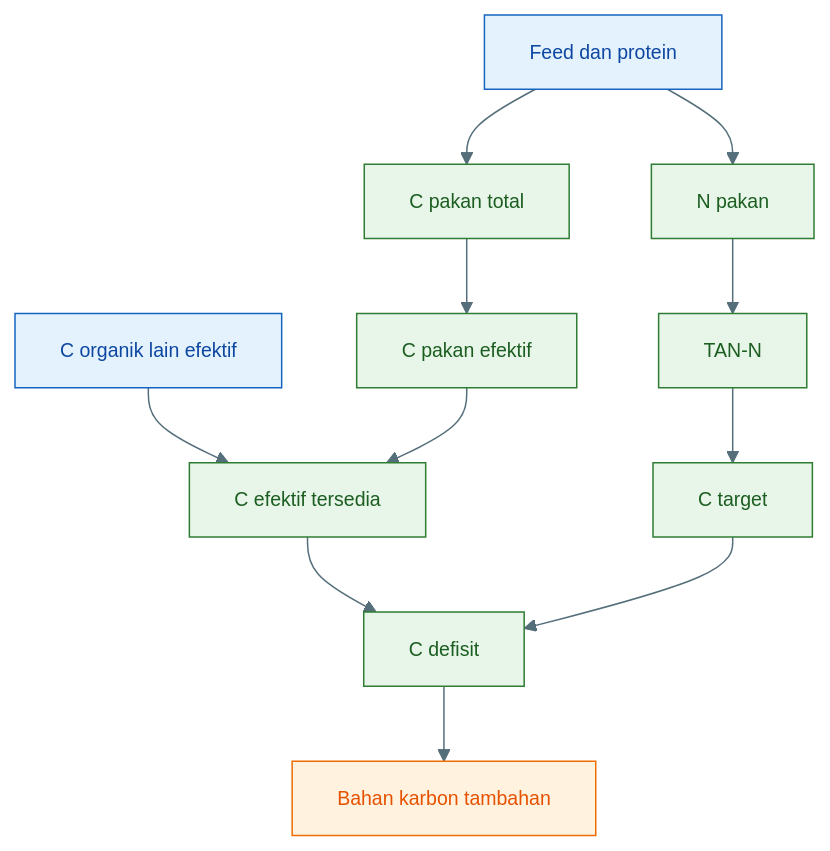
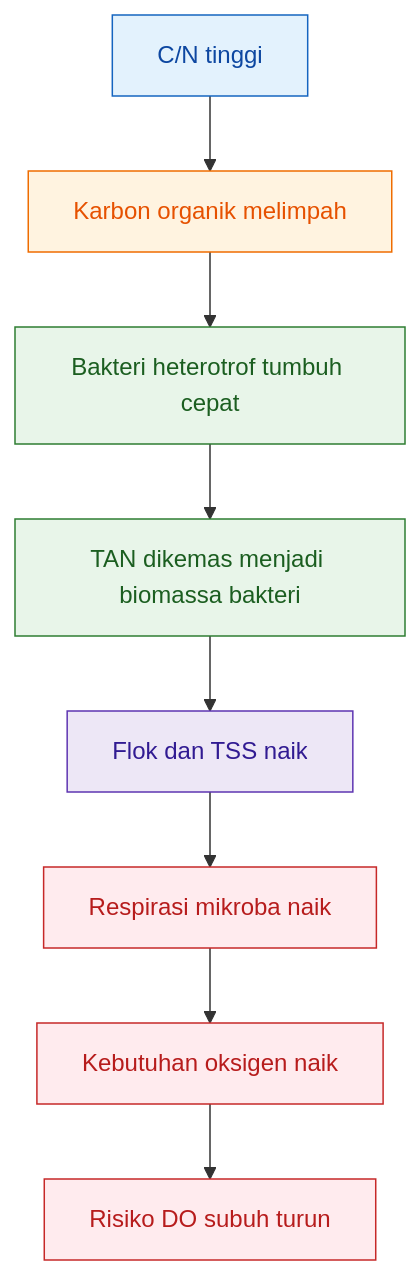
The fifth of 22 diagrams in content/blog/agri/perikanan/ratio-cn-rendah-biflok.mdx (slametsampon/kawruhnology), drawn with Mermaid before and after one commit. The commit also changed other lines of this file, not shown here.

````diff
--- a/content/blog/agri/perikanan/ratio-cn-rendah-biflok.mdx
+++ b/content/blog/agri/perikanan/ratio-cn-rendah-biflok.mdx
@@ -1165,38 +896,22 @@
-```mermaid id="alur-definisi-cn-efektif"
-%%{init: {'theme':'base','themeVariables':{
-'primaryColor':'#E3F2FD',
-'primaryTextColor':'#0D47A1',
-'primaryBorderColor':'#1565C0',
-'secondaryColor':'#E8F5E9',
-'secondaryTextColor':'#1B5E20',
-'secondaryBorderColor':'#2E7D32',
-'tertiaryColor':'#FFF3E0',
-'tertiaryTextColor':'#E65100',
-'tertiaryBorderColor':'#EF6C00',
-'lineColor':'#546E7A',
-'fontSize':'13px'
-}}}%%
+```mermaid id="a9x3m2"
 flowchart TD
-    A["Feed dan protein"] --> B["N pakan"]
-    B --> C["TAN-N"]
+    A["C/N tinggi"] --> B["Karbon organik melimpah"]
+    B --> C["Bakteri heterotrof tumbuh cepat"]
+    C --> D["TAN dikemas menjadi biomassa bakteri"]
+    D --> E["Flok dan TSS naik"]
+    E --> F["Respirasi mikroba naik"]
+    F --> G["Kebutuhan oksigen naik"]
+    G --> H["Risiko DO subuh turun"]
 
-    A --> D["C pakan total"]
-    D --> E["C pakan efektif"]
+    classDef start fill:#e3f2fd,stroke:#1565c0,color:#0d47a1;
+    classDef carbon fill:#fff3e0,stroke:#ef6c00,color:#e65100;
+    classDef microbe fill:#e8f5e9,stroke:#2e7d32,color:#1b5e20;
+    classDef solid fill:#ede7f6,stroke:#5e35b1,color:#311b92;
+    classDef oxygen fill:#ffebee,stroke:#c62828,color:#b71c1c;
 
-    F["C organik lain efektif"] --> G["C efektif tersedia"]
-    E --> G
-
-    C --> H["C target"]
-    G --> I["C defisit"]
-
-    H --> I
-    I --> J["Bahan karbon tambahan"]
-
-    classDef input fill:#E3F2FD,stroke:#1565C0,color:#0D47A1;
-    classDef proses fill:#E8F5E9,stroke:#2E7D32,color:#1B5E20;
-    classDef output fill:#FFF3E0,stroke:#EF6C00,color:#E65100;
-
-    class A,F input;
-    class B,C,D,E,G,H,I proses;
-    class J output;
+    class A start;
+    class B carbon;
+    class C,D microbe;
+    class E solid;
+    class F,G,H oxygen;
 ```
````
